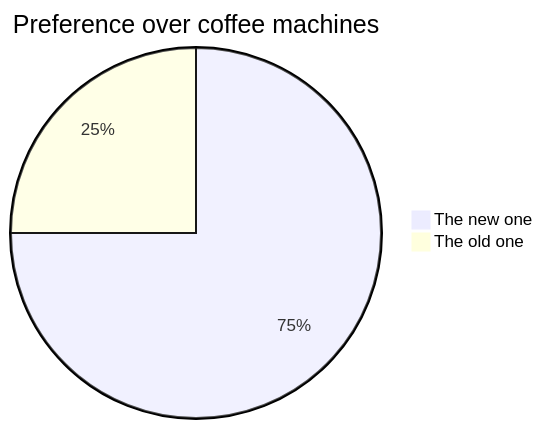
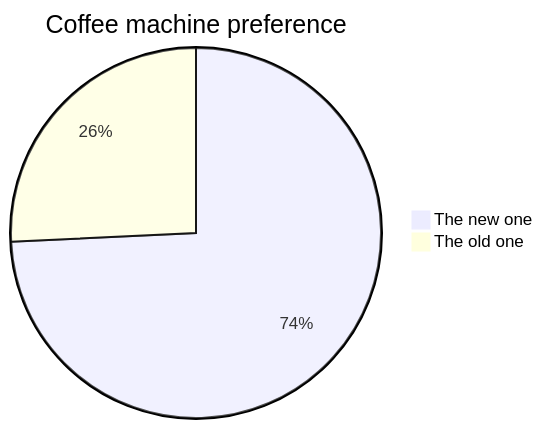
Before and after one commit to anyosa/anyosa: the diagram in README.md, drawn with Mermaid. The commit also changed other lines of this file, not shown here.

````diff
--- a/README.md
+++ b/README.md
@@ -3,5 +5,5 @@
 ```mermaid
-pie title Preference over coffee machines
-    "The new one" : 75
-    "The old one" : 25
+pie title Coffee machine preference
+    "The new one" : 74.25
+    "The old one" : 25.75
 ```
````
